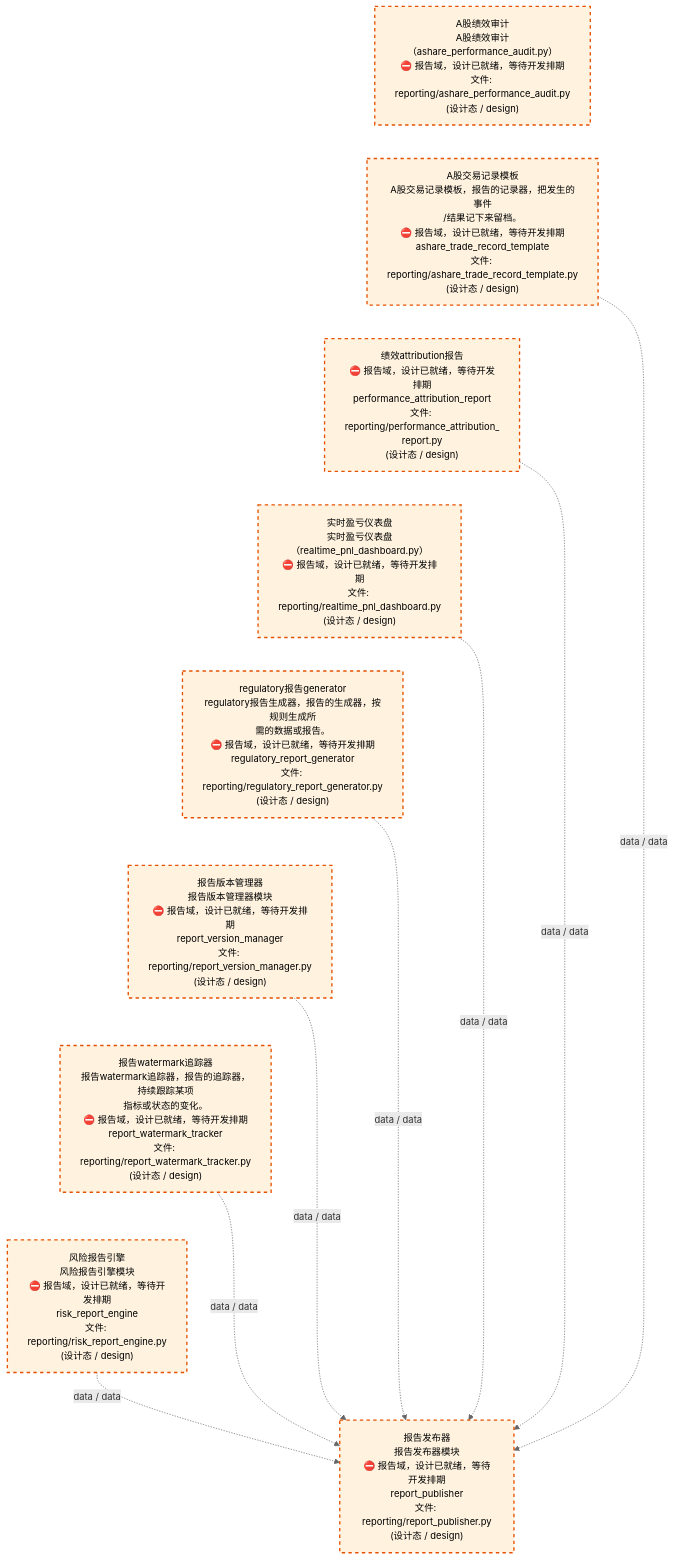
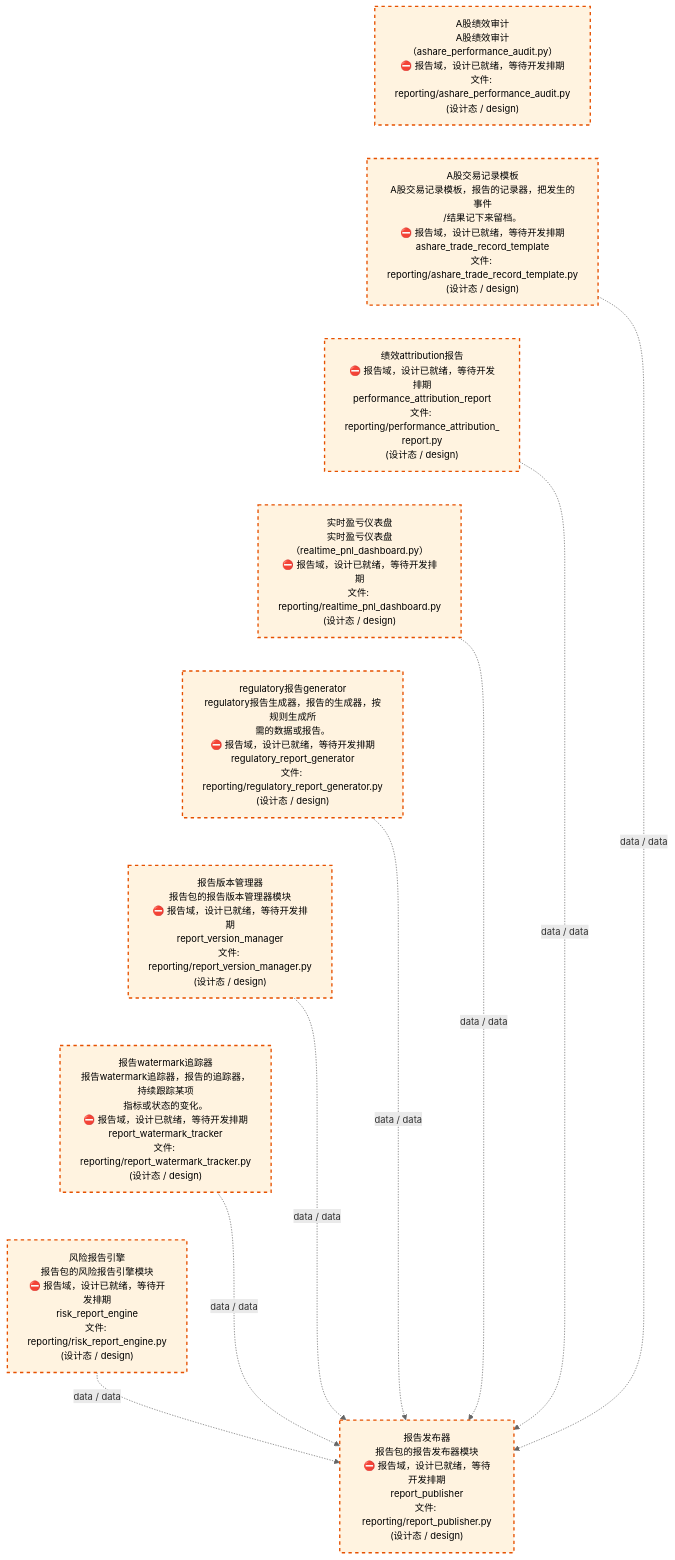
The third of 4 diagrams in docs/02_enterprise_architecture/02_domain_architecture_docs/26_d_reporting.md (xuanFelixVan/ZephyrAlpha), drawn with Mermaid before and after one commit. The commit also changed other lines of this file and 42 other files, not shown here.

````diff
--- a/docs/02_enterprise_architecture/02_domain_architecture_docs/26_d_reporting.md
+++ b/docs/02_enterprise_architecture/02_domain_architecture_docs/26_d_reporting.md
@@ -137,32 +137,32 @@
 ```mermaid
 %%{init: {'theme': 'base', 'themeVariables': {'primaryColor': '#eaeaea', 'primaryTextColor': '#333333', 'primaryBorderColor': '#666666', 'lineColor': '#666666', 'secondaryColor': '#eaeaea', 'tertiaryColor': '#eaeaea', 'fontSize': '14px'}}}%%
 flowchart TD
     src_zephyr_reporting_ashare_performance_audit_py["A股绩效审计<br/>A股绩效审计（ashare_performance_audit.py）<br/>⛔ 报告域，设计已就绪，等待开发排期<br/>文件: reporting/ashare_performance_audit.py<br/>(设计态 / design)"]
     src_zephyr_reporting_ashare_trade_record_template_py["A股交易记录模板<br/>A股交易记录模板，报告的记录器，把发生的事件<br/>/结果记下来留档。<br/>⛔ 报告域，设计已就绪，等待开发排期<br/>ashare_trade_record_template<br/>文件: reporting/ashare_trade_record_template.py<br/>(设计态 / design)"]
     src_zephyr_reporting_performance_attribution_report_py["绩效attribution报告<br/>⛔ 报告域，设计已就绪，等待开发排期<br/>performance_attribution_report<br/>文件: reporting/performance_attribution_<br/>report.py<br/>(设计态 / design)"]
     src_zephyr_reporting_realtime_pnl_dashboard_py["实时盈亏仪表盘<br/>实时盈亏仪表盘（realtime_pnl_dashboard.py）<br/>⛔ 报告域，设计已就绪，等待开发排期<br/>文件: reporting/realtime_pnl_dashboard.py<br/>(设计态 / design)"]
     src_zephyr_reporting_regulatory_report_generator_py["regulatory报告generator<br/>regulatory报告生成器，报告的生成器，按规则生成所<br/>需的数据或报告。<br/>⛔ 报告域，设计已就绪，等待开发排期<br/>regulatory_report_generator<br/>文件: reporting/regulatory_report_generator.py<br/>(设计态 / design)"]
-    src_zephyr_reporting_report_version_manager_py["报告版本管理器<br/>报告版本管理器模块<br/>⛔ 报告域，设计已就绪，等待开发排期<br/>report_version_manager<br/>文件: reporting/report_version_manager.py<br/>(设计态 / design)"]
+    src_zephyr_reporting_report_version_manager_py["报告版本管理器<br/>报告包的报告版本管理器模块<br/>⛔ 报告域，设计已就绪，等待开发排期<br/>report_version_manager<br/>文件: reporting/report_version_manager.py<br/>(设计态 / design)"]
     src_zephyr_reporting_report_watermark_tracker_py["报告watermark追踪器<br/>报告watermark追踪器，报告的追踪器，持续跟踪某项<br/>指标或状态的变化。<br/>⛔ 报告域，设计已就绪，等待开发排期<br/>report_watermark_tracker<br/>文件: reporting/report_watermark_tracker.py<br/>(设计态 / design)"]
-    src_zephyr_reporting_risk_report_engine_py["风险报告引擎<br/>风险报告引擎模块<br/>⛔ 报告域，设计已就绪，等待开发排期<br/>risk_report_engine<br/>文件: reporting/risk_report_engine.py<br/>(设计态 / design)"]
+    src_zephyr_reporting_risk_report_engine_py["风险报告引擎<br/>报告包的风险报告引擎模块<br/>⛔ 报告域，设计已就绪，等待开发排期<br/>risk_report_engine<br/>文件: reporting/risk_report_engine.py<br/>(设计态 / design)"]
     src_zephyr_reporting_ashare_performance_audit_py ~~~ src_zephyr_reporting_ashare_trade_record_template_py
     src_zephyr_reporting_ashare_trade_record_template_py ~~~ src_zephyr_reporting_performance_attribution_report_py
     src_zephyr_reporting_performance_attribution_report_py ~~~ src_zephyr_reporting_realtime_pnl_dashboard_py
     src_zephyr_reporting_realtime_pnl_dashboard_py ~~~ src_zephyr_reporting_regulatory_report_generator_py
     src_zephyr_reporting_regulatory_report_generator_py ~~~ src_zephyr_reporting_report_version_manager_py
     src_zephyr_reporting_report_version_manager_py ~~~ src_zephyr_reporting_report_watermark_tracker_py
     src_zephyr_reporting_report_watermark_tracker_py ~~~ src_zephyr_reporting_risk_report_engine_py
-    src_zephyr_reporting_report_publisher_py["报告发布器<br/>报告发布器模块<br/>⛔ 报告域，设计已就绪，等待开发排期<br/>report_publisher<br/>文件: reporting/report_publisher.py<br/>(设计态 / design)"]
+    src_zephyr_reporting_report_publisher_py["报告发布器<br/>报告包的报告发布器模块<br/>⛔ 报告域，设计已就绪，等待开发排期<br/>report_publisher<br/>文件: reporting/report_publisher.py<br/>(设计态 / design)"]
     src_zephyr_reporting_ashare_trade_record_template_py -.->|data / data| src_zephyr_reporting_report_publisher_py
     src_zephyr_reporting_realtime_pnl_dashboard_py -.->|data / data| src_zephyr_reporting_report_publisher_py
     src_zephyr_reporting_regulatory_report_generator_py -.->|data / data| src_zephyr_reporting_report_publisher_py
     src_zephyr_reporting_risk_report_engine_py -.->|data / data| src_zephyr_reporting_report_publisher_py
     src_zephyr_reporting_report_version_manager_py -.->|data / data| src_zephyr_reporting_report_publisher_py
     src_zephyr_reporting_performance_attribution_report_py -.->|data / data| src_zephyr_reporting_report_publisher_py
     src_zephyr_reporting_report_watermark_tracker_py -.->|data / data| src_zephyr_reporting_report_publisher_py
     classDef production fill:#e1f5fe,stroke:#01579b,stroke-width:2px,color:#000
     classDef design fill:#fff3e0,stroke:#e65100,stroke-width:2px,color:#000,stroke-dasharray: 5 5
     classDef external_prod fill:#e8f4fd,stroke:#0277bd,stroke-width:1px,color:#000
     classDef external_design fill:#fff8e7,stroke:#ef6c00,stroke-width:1px,color:#000,stroke-dasharray: 5 5
     class src_zephyr_reporting_ashare_performance_audit_py,src_zephyr_reporting_ashare_trade_record_template_py,src_zephyr_reporting_performance_attribution_report_py,src_zephyr_reporting_realtime_pnl_dashboard_py,src_zephyr_reporting_regulatory_report_generator_py,src_zephyr_reporting_report_publisher_py,src_zephyr_reporting_report_version_manager_py,src_zephyr_reporting_report_watermark_tracker_py,src_zephyr_reporting_risk_report_engine_py design
 ```
````
